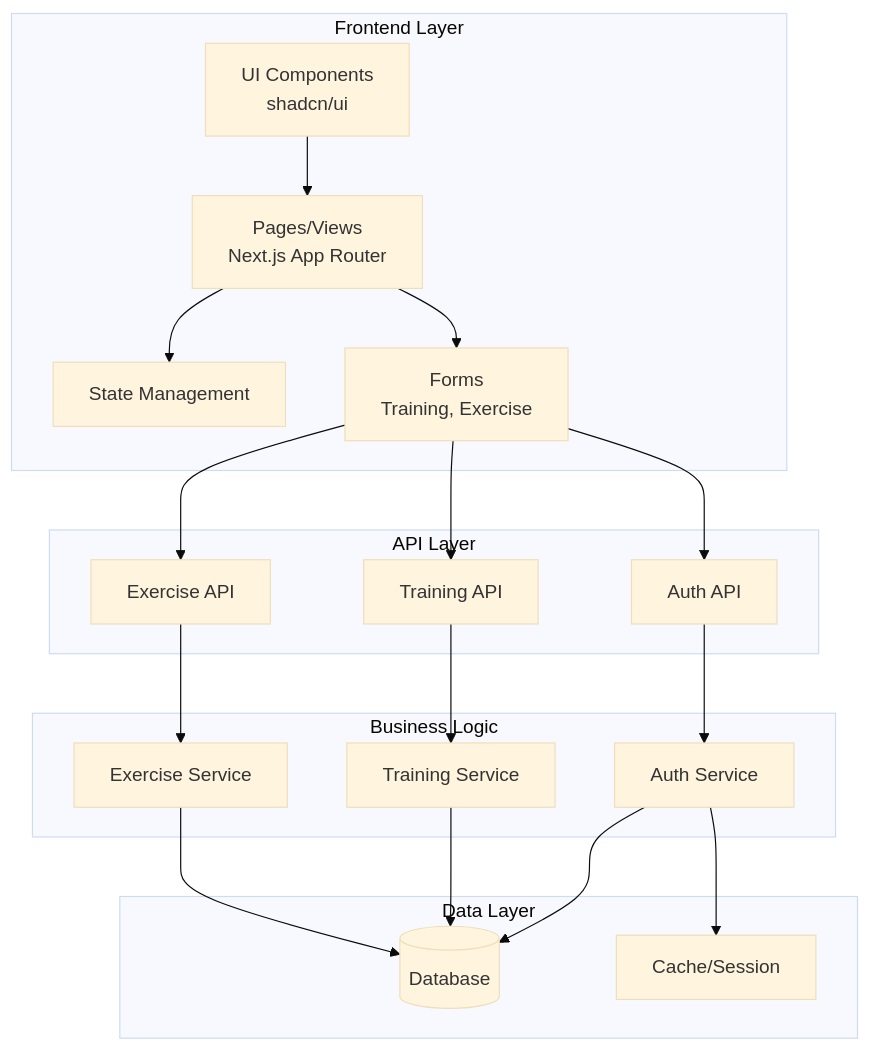
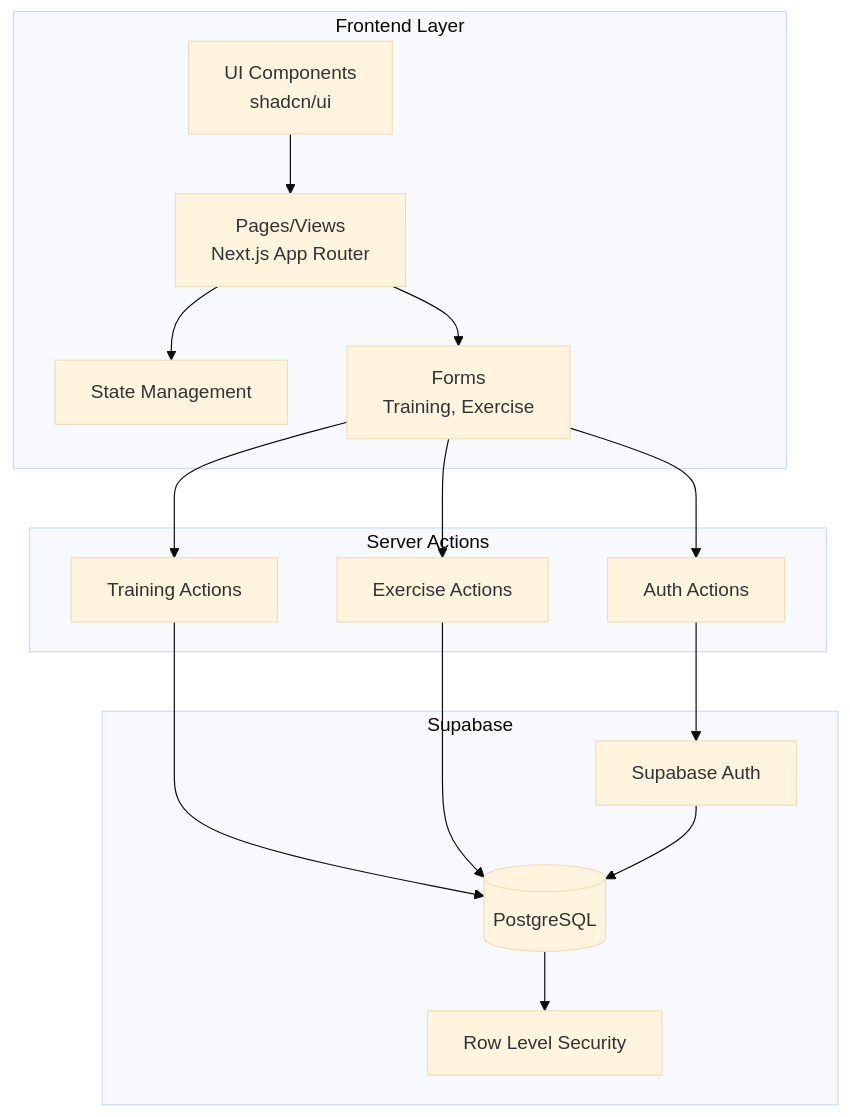
One commit to MaxKibets/votum_ferri changed the first of 7 diagrams in docs/SDD.md. Above: the diagram before and after it, drawn with Mermaid (base theme). The commit also changed other lines of this file, not shown here.

````diff
--- a/docs/SDD.md
+++ b/docs/SDD.md
@@ -330,43 +439,35 @@
 ```mermaid
 graph TB
     subgraph Frontend["Frontend Layer"]
         UI[UI Components<br/>shadcn/ui]
         Pages[Pages/Views<br/>Next.js App Router]
         State[State Management]
         Forms[Forms<br/>Training, Exercise]
     end
 
-    subgraph API["API Layer"]
-        AuthAPI[Auth API]
-        TrainingAPI[Training API]
-        ExerciseAPI[Exercise API]
+    subgraph Server["Server Actions"]
+        AuthActions[Auth Actions]
+        TrainingActions[Training Actions]
+        ExerciseActions[Exercise Actions]
     end
 
-    subgraph Business["Business Logic"]
-        AuthService[Auth Service]
-        TrainingService[Training Service]
-        ExerciseService[Exercise Service]
-    end
-
-    subgraph Data["Data Layer"]
-        DB[(Database)]
-        Cache[Cache/Session]
+    subgraph Supabase["Supabase"]
+        SupabaseAuth[Supabase Auth]
+        SupabaseDB[(PostgreSQL)]
+        SupabaseRLS[Row Level Security]
     end
 
     UI --> Pages
     Pages --> State
     Pages --> Forms
-    Forms --> AuthAPI
-    Forms --> TrainingAPI
-    Forms --> ExerciseAPI
+    Forms --> AuthActions
+    Forms --> TrainingActions
+    Forms --> ExerciseActions
 
-    AuthAPI --> AuthService
-    TrainingAPI --> TrainingService
-    ExerciseAPI --> ExerciseService
+    AuthActions --> SupabaseAuth
+    TrainingActions --> SupabaseDB
+    ExerciseActions --> SupabaseDB
 
-    AuthService --> DB
-    TrainingService --> DB
-    ExerciseService --> DB
-
-    AuthService --> Cache
+    SupabaseDB --> SupabaseRLS
+    SupabaseAuth --> SupabaseDB
 ```
````
